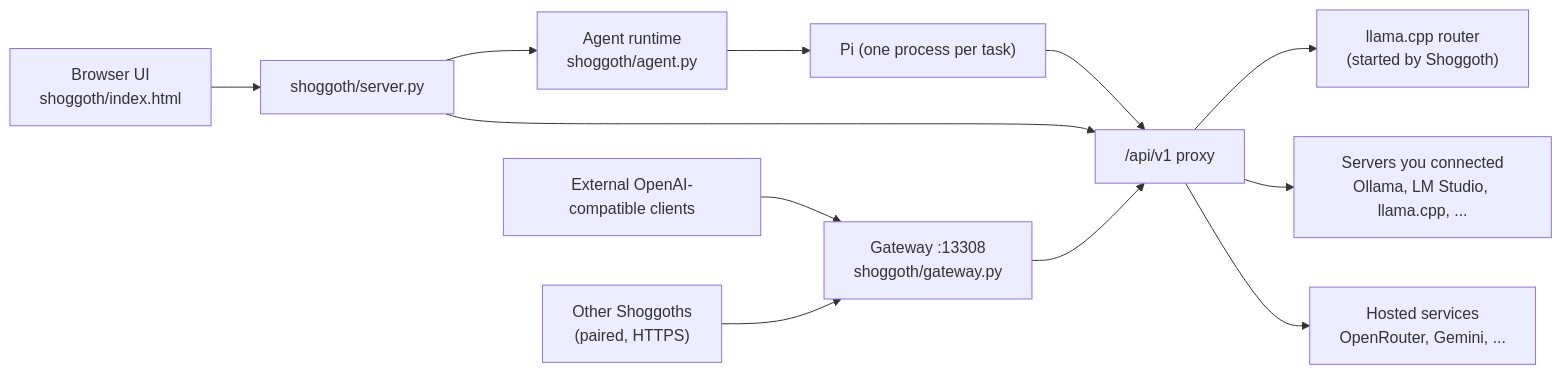
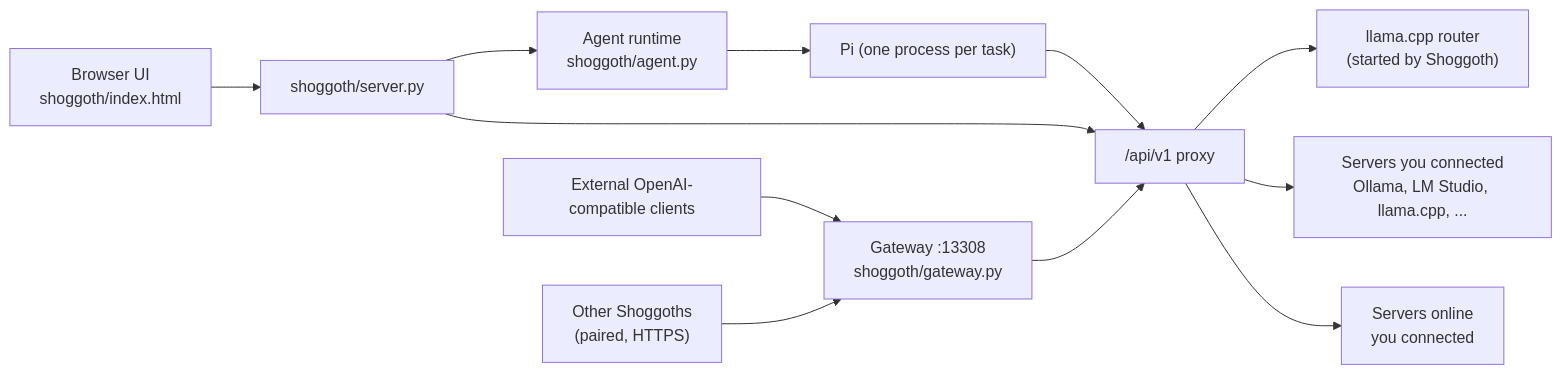
One commit to yudhanjaya/Shoggoth changed the diagram in docs/ARCHITECTURE.md. Above: the diagram before and after it, drawn with Mermaid. The commit also changed other lines of this file and 30 other files, not shown here.

````diff
--- a/docs/ARCHITECTURE.md
+++ b/docs/ARCHITECTURE.md
@@ -7,14 +7,14 @@
 ```mermaid
 flowchart LR
     ui["Browser UI<br/>shoggoth/index.html"] --> srv["shoggoth/server.py"]
     ext["External OpenAI-compatible clients"] --> gw["Gateway :13308<br/>shoggoth/gateway.py"]
     lan["Other Shoggoths<br/>(paired, HTTPS)"] --> gw
     srv --> agent["Agent runtime<br/>shoggoth/agent.py"]
     agent --> pi["Pi (one process per task)"]
     pi --> proxy["/api/v1 proxy"]
     srv --> proxy
     gw --> proxy
     proxy --> lcpp["llama.cpp router<br/>(started by Shoggoth)"]
     proxy --> srv2["Servers you connected<br/>Ollama, LM Studio, llama.cpp, ..."]
-    proxy --> cloud["Hosted services<br/>OpenRouter, Gemini, ..."]
+    proxy --> cloud["Servers online<br/>you connected"]
 ```
````
